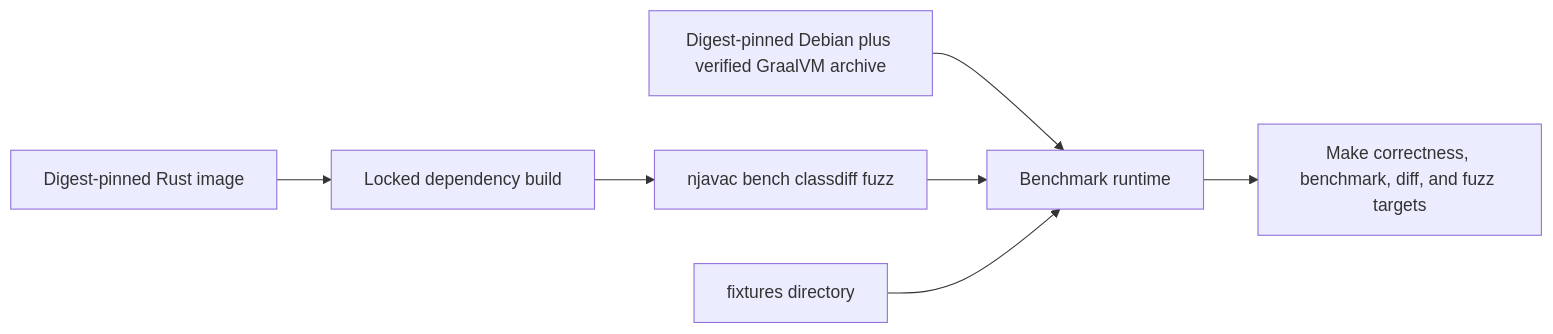
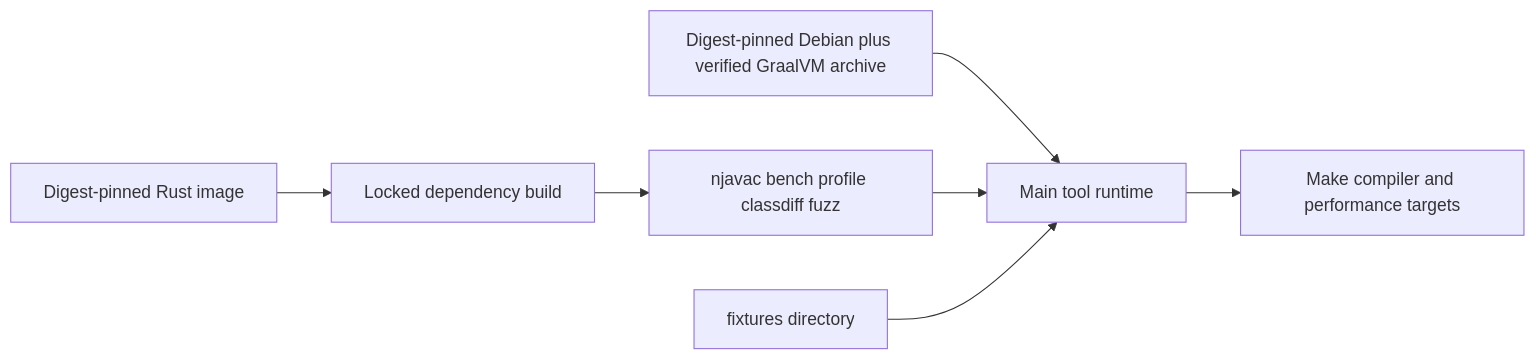
One commit to VitorNathanG/njavac changed the diagram in docs/src/tooling/docker-and-ci.md. Above: the diagram before and after it, drawn with Mermaid. The commit also changed other lines of this file and 13 other files, not shown here.

````diff
--- a/docs/src/tooling/docker-and-ci.md
+++ b/docs/src/tooling/docker-and-ci.md
@@ -12,9 +12,9 @@
 ```mermaid
 flowchart LR
-    JDK[Digest-pinned Debian plus verified GraalVM archive] --> Runtime[Benchmark runtime]
+    JDK[Digest-pinned Debian plus verified GraalVM archive] --> Runtime[Main tool runtime]
     Rust[Digest-pinned Rust image] --> Build[Locked dependency build]
-    Build --> Binaries[njavac bench classdiff fuzz]
+    Build --> Binaries[njavac bench profile classdiff fuzz]
     Binaries --> Runtime
     Fixtures[fixtures directory] --> Runtime
-    Runtime --> Gates[Make correctness, benchmark, diff, and fuzz targets]
+    Runtime --> Gates[Make compiler and performance targets]
 ```
````
